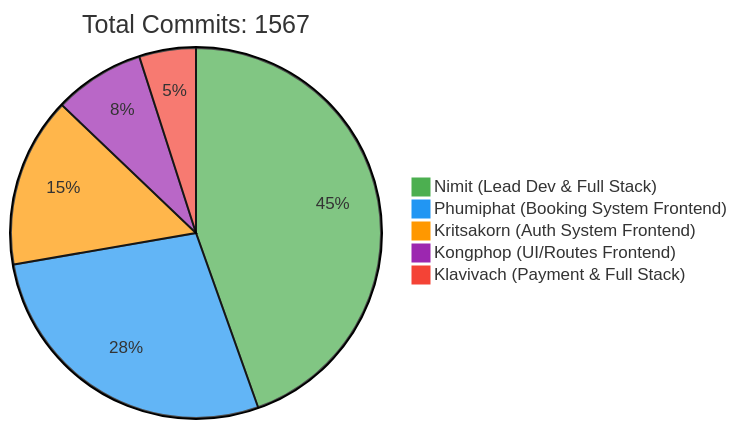
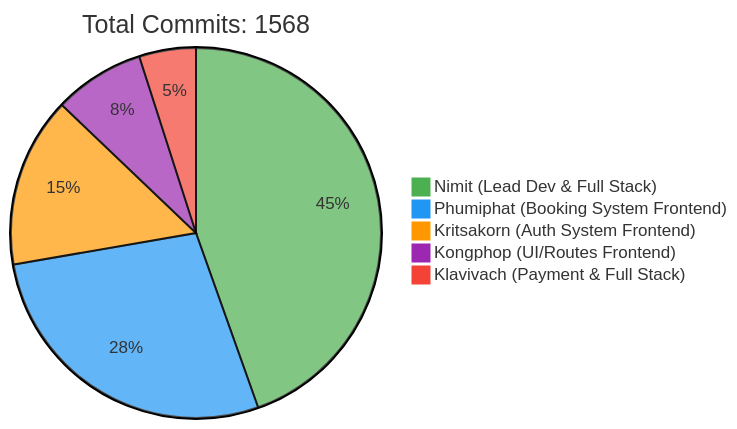
One commit to 6531503042/Sport-Complex changed the first of 2 diagrams in README.md. Above: the diagram before and after it, drawn with Mermaid. The commit also changed other lines of this file, not shown here.

Commit message:
docs: Update contributor statistics [skip ci]

````diff
--- a/README.md
+++ b/README.md
@@ -257,10 +257,10 @@
 ```mermaid
 %%{init: {'theme': 'base', 'themeVariables': { 'pie1': '#4CAF50', 'pie2': '#2196F3', 'pie3': '#FF9800', 'pie4': '#9C27B0', 'pie5': '#F44336'}}}%%
 pie
-    title Total Commits: 1567
+    title Total Commits: 1568
     "Nimit (Lead Dev & Full Stack)" : 450
     "Phumiphat (Booking System Frontend)" : 280
     "Kritsakorn (Auth System Frontend)" : 150
     "Kongphop (UI/Routes Frontend)" : 80
     "Klavivach (Payment & Full Stack)" : 50
 ```
````
